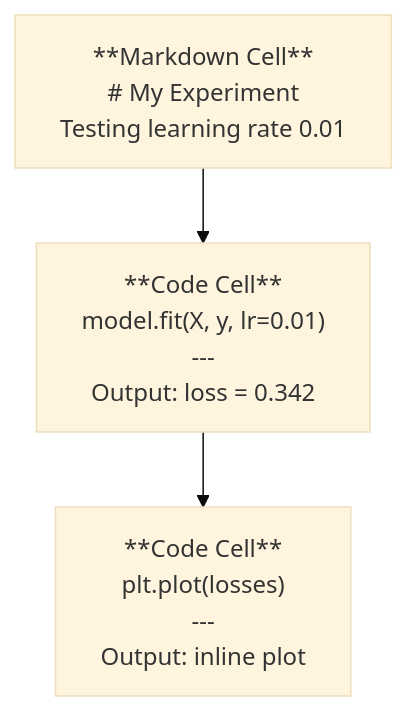
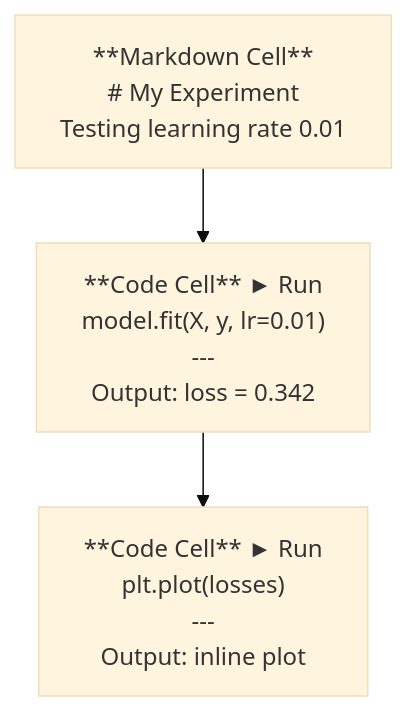
One commit to omigaZen/ai-engineering-from-scratch changed the first of 2 diagrams in phases/00-setup-and-tooling/05-jupyter-notebooks/docs/zh.md. Above: the diagram before and after it, drawn with Mermaid (base theme). The commit also changed other lines of this file and 32 other files, not shown here.

````diff
--- a/phases/00-setup-and-tooling/05-jupyter-notebooks/docs/zh.md
+++ b/phases/00-setup-and-tooling/05-jupyter-notebooks/docs/zh.md
@@ -27,5 +27,5 @@
 ```mermaid
 graph TD
-    A["**Markdown Cell**\n# My Experiment\nTesting learning rate 0.01"] --> B["**Code Cell**\nmodel.fit(X, y, lr=0.01)\n---\nOutput: loss = 0.342"]
-    B --> C["**Code Cell**\nplt.plot(losses)\n---\nOutput: inline plot"]
+    A["**Markdown Cell**\n# My Experiment\nTesting learning rate 0.01"] --> B["**Code Cell** ► Run\nmodel.fit(X, y, lr=0.01)\n---\nOutput: loss = 0.342"]
+    B --> C["**Code Cell** ► Run\nplt.plot(losses)\n---\nOutput: inline plot"]
 ```
````
